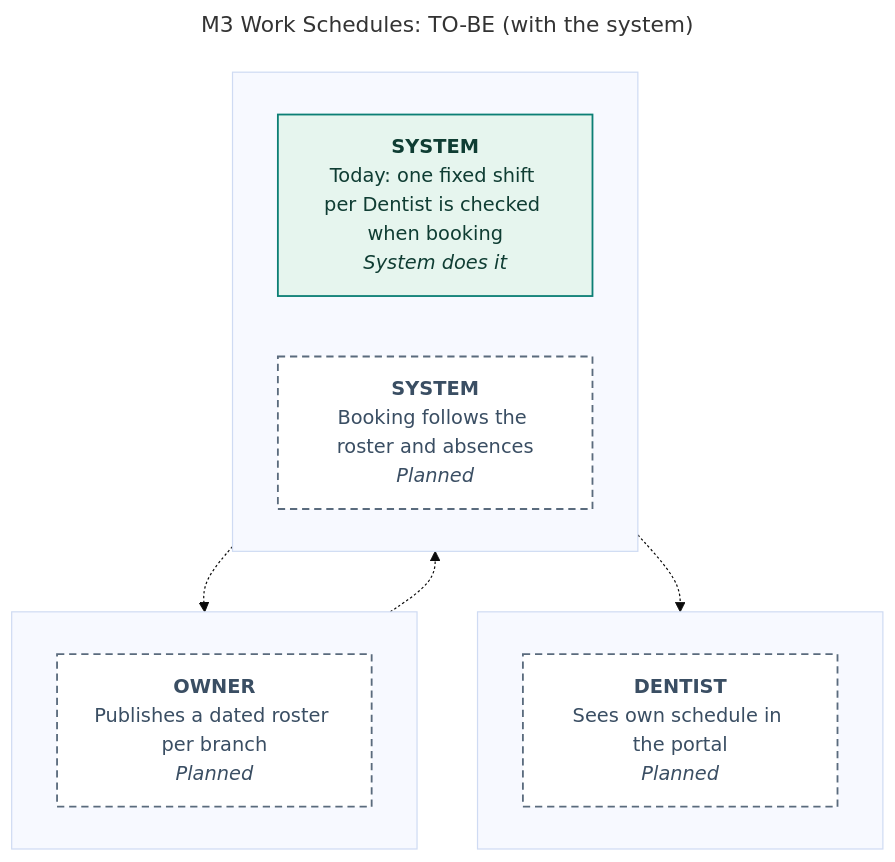
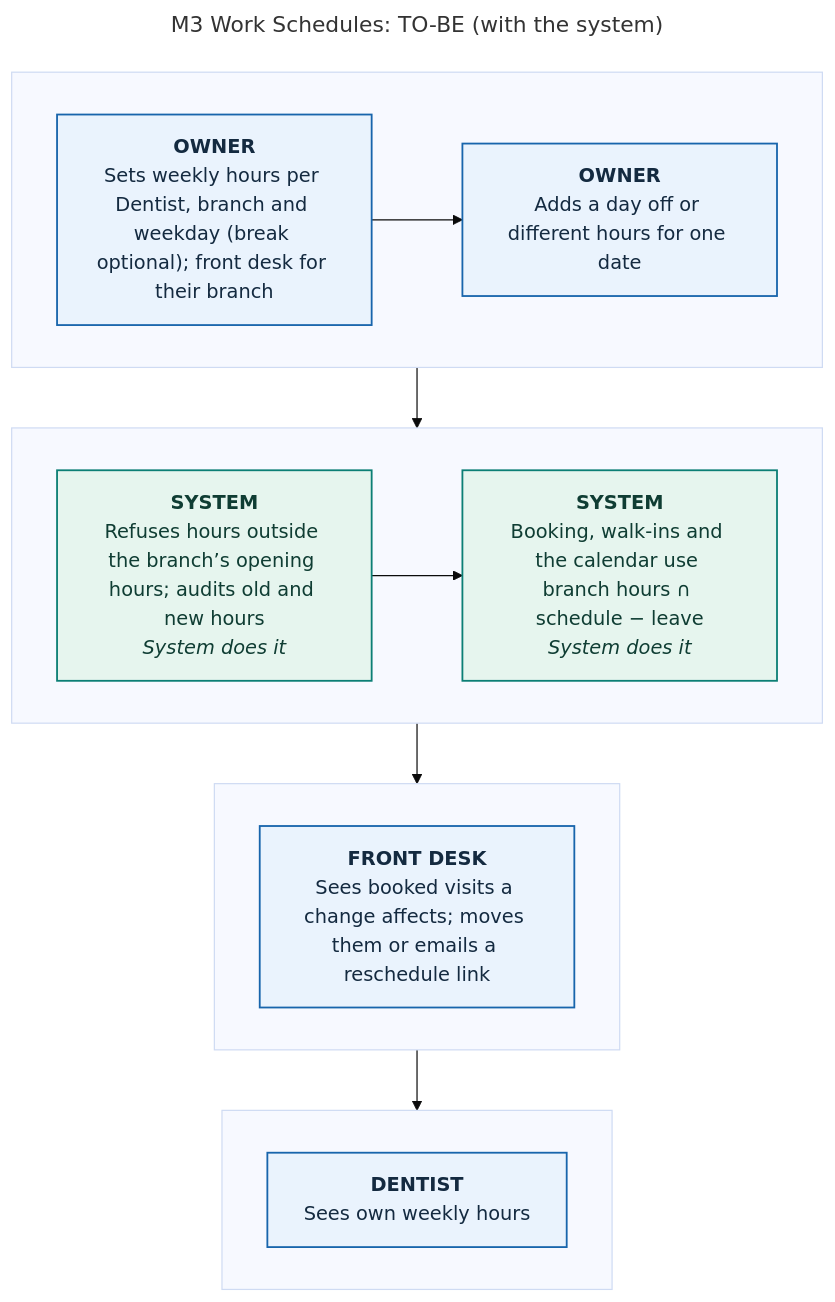
Before and after one commit to 0phem/multibranch-dental-clinic: the diagram in docs/defense/diagrams/M3-work-schedules-to-be.mmd, drawn with Mermaid (base theme). The commit also changed 20 other files, not shown here.

Commit message:
docs: M3, M15, M25 — module statuses, TO-BE diagrams and process PDF, open items 27–29 (real hours, leave rules, handover access), panel Q53–55, demo moment 3g, pitch, pending migrations (item 17)

```diff
--- a/docs/defense/diagrams/M3-work-schedules-to-be.mmd
+++ b/docs/defense/diagrams/M3-work-schedules-to-be.mmd
@@ -1,26 +1,33 @@
 ---
 title: "M3 Work Schedules: TO-BE (with the system)"
 ---
 flowchart TB
+    subgraph L1[" "]
+    direction LR
+      S4["<b>FRONT DESK</b><br/>Sees booked visits a change affects; moves them or emails a reschedule link"]:::manual
+    end
     subgraph L2[" "]
     direction LR
-      S3["<b>DENTIST</b><br/>Sees own schedule in the portal<br/><i>Planned</i>"]:::planned
+      S5["<b>DENTIST</b><br/>Sees own weekly hours"]:::manual
     end
     subgraph L3[" "]
     direction LR
-      S1["<b>OWNER</b><br/>Publishes a dated roster per branch<br/><i>Planned</i>"]:::planned
+      S0["<b>OWNER</b><br/>Sets weekly hours per Dentist, branch and weekday (break optional); front desk for their branch"]:::manual
+      S1["<b>OWNER</b><br/>Adds a day off or different hours for one date"]:::manual
     end
     subgraph L4[" "]
     direction LR
-      S0["<b>SYSTEM</b><br/>Today: one fixed shift per Dentist is checked when booking<br/><i>System does it</i>"]:::auto
-      S2["<b>SYSTEM</b><br/>Booking follows the roster and absences<br/><i>Planned</i>"]:::planned
+      S2["<b>SYSTEM</b><br/>Refuses hours outside the branch’s opening hours; audits old and new hours<br/><i>System does it</i>"]:::auto
+      S3["<b>SYSTEM</b><br/>Booking, walk-ins and the calendar use branch hours ∩ schedule − leave<br/><i>System does it</i>"]:::auto
     end
-    S0 -.-> S1
-    S1 -.-> S2
-    S2 -.-> S3
+    S0 --> S1
+    S1 --> S2
+    S2 --> S3
+    S3 --> S4
+    S4 --> S5
     classDef cited fill:#eaf3fd,stroke:#1865ac,color:#142a40,stroke-width:1.5px
     classDef confirm fill:#fffaf0,stroke:#b26a00,color:#5e3c00,stroke-width:1.5px,stroke-dasharray:6 4
     classDef auto fill:#e6f5ee,stroke:#0c7f75,color:#0f3d33,stroke-width:1.5px
     classDef manual fill:#eaf3fd,stroke:#1865ac,color:#142a40,stroke-width:1.5px
     classDef mock fill:#f3f5f7,stroke:#5a6b7d,color:#3a4e63,stroke-width:1.5px,stroke-dasharray:3 3
     classDef planned fill:#ffffff,stroke:#5a6b7d,color:#3a4e63,stroke-width:1.5px,stroke-dasharray:6 4
```
